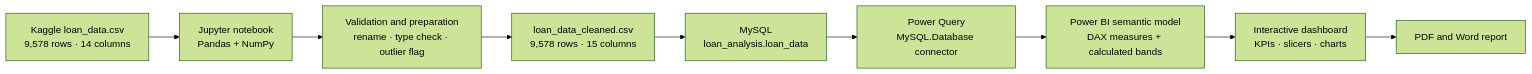
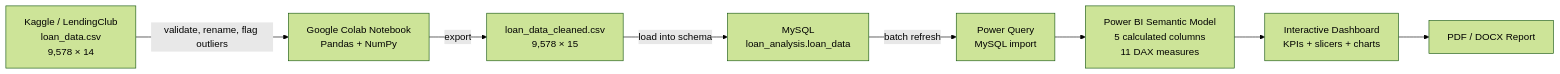
Before and after one commit to nafishaparveen2104/Loan-Default-Risk-Analysis-Dashboard: the diagram in README.md, drawn with Mermaid (forest theme). The commit also changed other lines of this file, not shown here.

````diff
--- a/README.md
+++ b/README.md
@@ -166,14 +171,19 @@
 ```mermaid
 flowchart LR
-    A["Kaggle loan_data.csv<br/>9,578 rows · 14 columns"]
-    B["Jupyter notebook<br/>Pandas + NumPy"]
-    C["Validation and preparation<br/>rename · type check · outlier flag"]
-    D["loan_data_cleaned.csv<br/>9,578 rows · 15 columns"]
-    E["MySQL<br/>loan_analysis.loan_data"]
-    F["Power Query<br/>MySQL.Database connector"]
-    G["Power BI semantic model<br/>DAX measures + calculated bands"]
-    H["Interactive dashboard<br/>KPIs · slicers · charts"]
-    I["PDF and Word report"]
+    A["Kaggle / LendingClub<br/>loan_data.csv<br/>9,578 × 14"]
+    B["Google Colab Notebook<br/>Pandas + NumPy"]
+    C["loan_data_cleaned.csv<br/>9,578 × 15"]
+    D["MySQL<br/>loan_analysis.loan_data"]
+    E["Power Query<br/>MySQL import"]
+    F["Power BI Semantic Model<br/>5 calculated columns<br/>11 DAX measures"]
+    G["Interactive Dashboard<br/>KPIs + slicers + charts"]
+    H["PDF / DOCX Report"]
 
-    A --> B --> C --> D --> E --> F --> G --> H --> I
+    A -->|validate, rename, flag outliers| B
+    B -->|export| C
+    C -->|load into schema| D
+    D -->|batch refresh| E
+    E --> F
+    F --> G
+    G --> H
 ```
````
